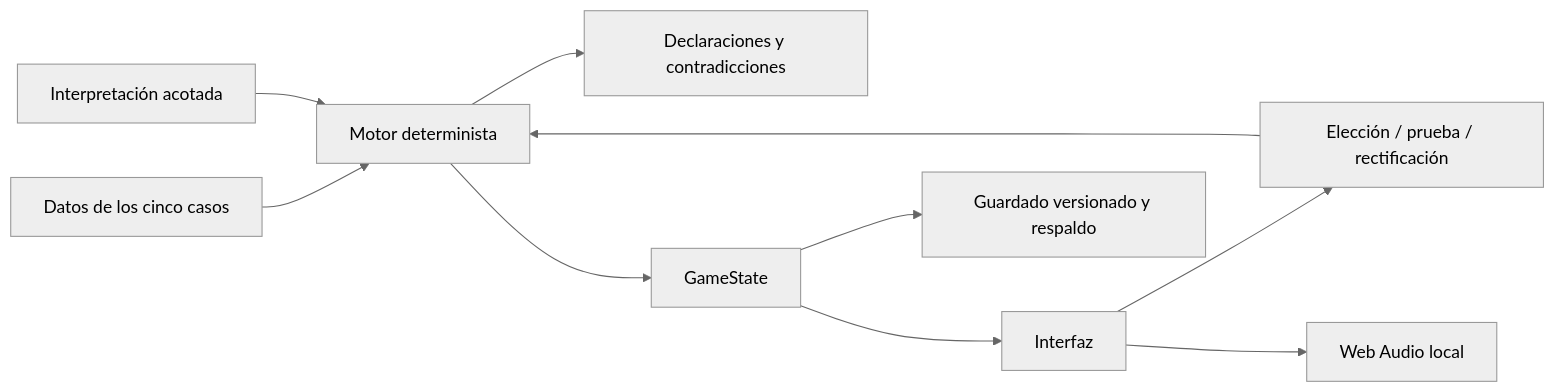
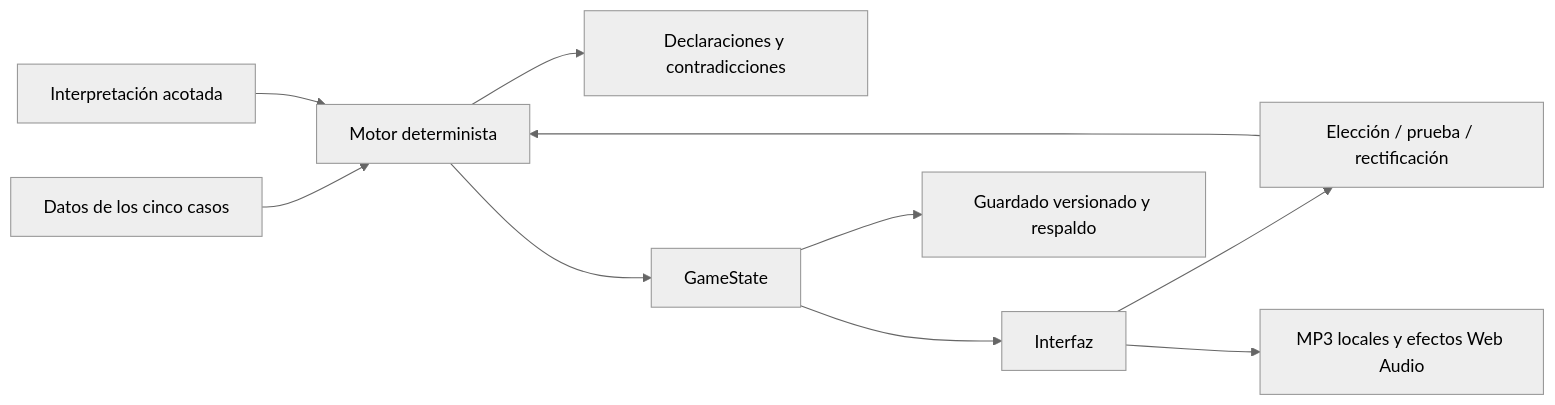
Before and after one commit to Luiszabala9701/estas-seguro-eljuego: the diagram in docs/ARCHITECTURE.md, drawn with Mermaid (neutral theme). The commit also changed other lines of this file and 17 other files, not shown here.

````diff
--- a/docs/ARCHITECTURE.md
+++ b/docs/ARCHITECTURE.md
@@ -9,12 +9,12 @@
 ```mermaid
 flowchart LR
   Cases[Datos de los cinco casos] --> Engine[Motor determinista]
   Input[Interpretación acotada] --> Engine
   Engine --> Memory[Declaraciones y contradicciones]
   Engine --> State[GameState]
   State --> UI[Interfaz]
   UI --> Actions[Elección / prueba / rectificación]
   Actions --> Engine
   State --> Save[Guardado versionado y respaldo]
-  UI --> Audio[Web Audio local]
+  UI --> Audio[MP3 locales y efectos Web Audio]
 ```
````
